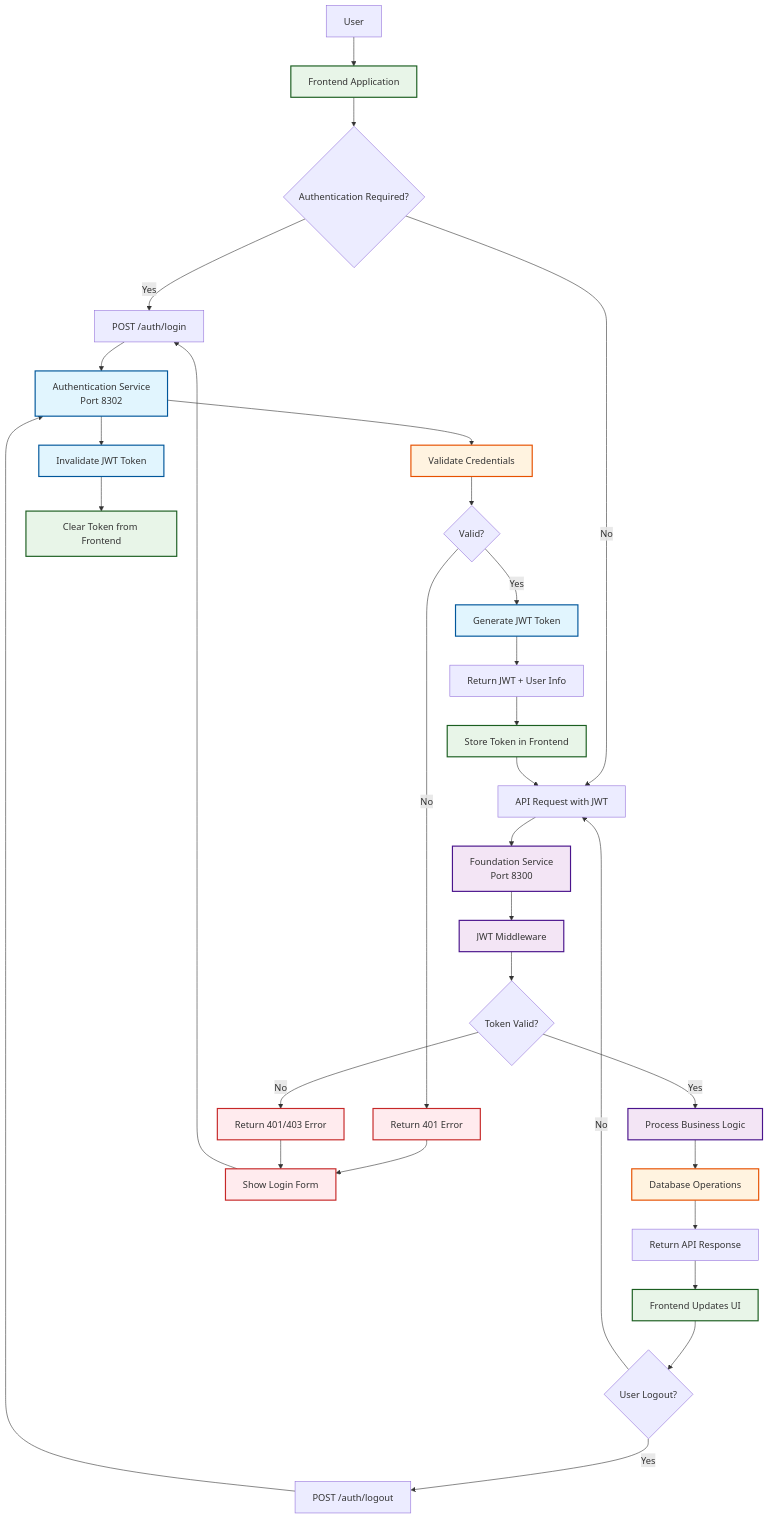
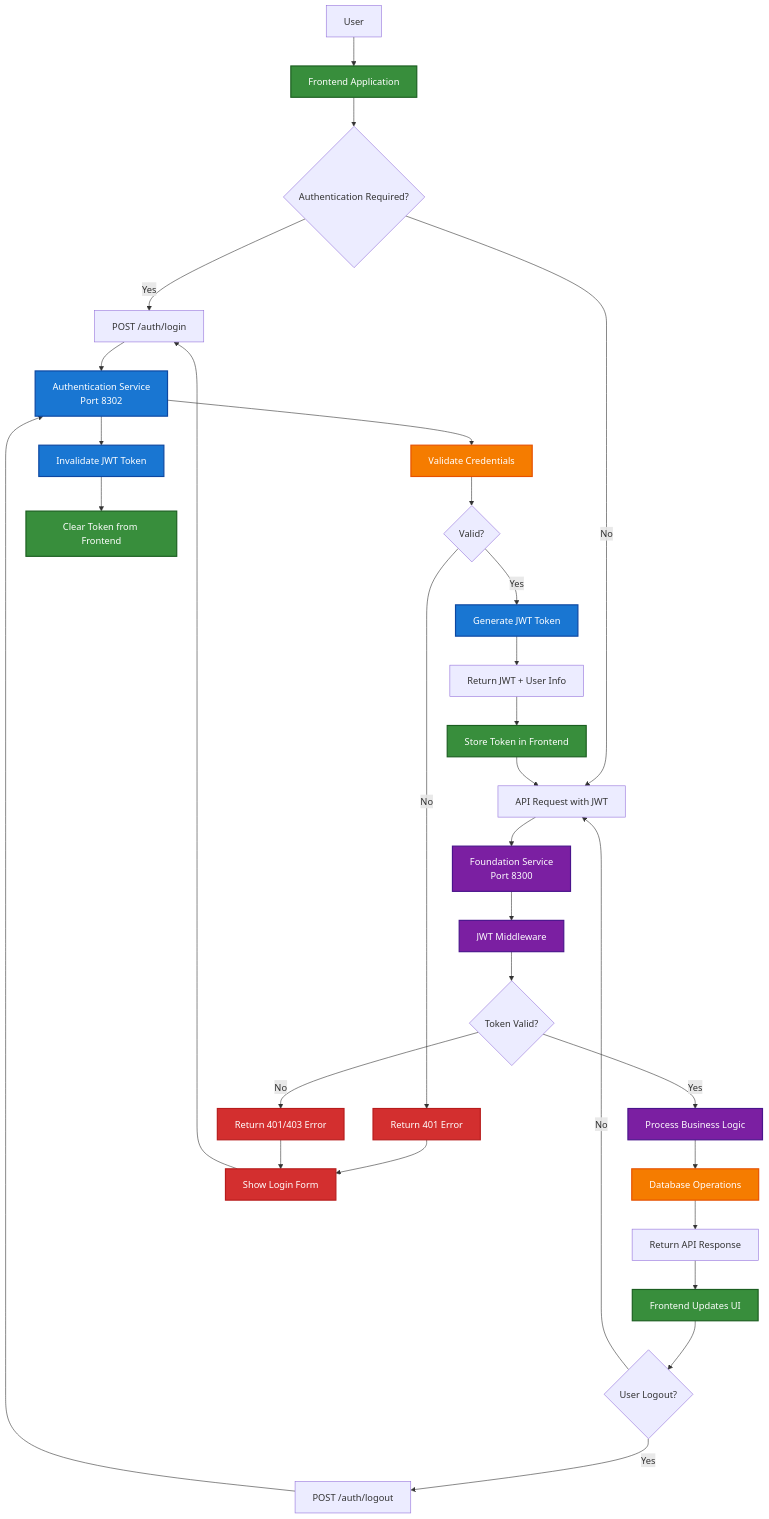
Before and after one commit to keeptracknepal/documentation: the first of 6 diagrams in workflow/authentication/process-flow.md, drawn with Mermaid. The commit also changed other lines of this file and 7 other files, not shown here.

````diff
--- a/workflow/authentication/process-flow.md
+++ b/workflow/authentication/process-flow.md
@@ -5,54 +5,54 @@
 ```mermaid
 flowchart TD
     %% User Interaction
     A[User] --> B[Frontend Application]
     B --> C{Authentication Required?}
     
     %% Login Flow
     C -->|Yes| D[POST /auth/login]
     D --> E[Authentication Service<br/>Port 8302]
     E --> F[Validate Credentials]
     F --> G{Valid?}
     G -->|Yes| H[Generate JWT Token]
     G -->|No| I[Return 401 Error]
     H --> J[Return JWT + User Info]
     J --> K[Store Token in Frontend]
     
     %% API Request Flow
     C -->|No| L[API Request with JWT]
     K --> L
     L --> M[Foundation Service<br/>Port 8300]
     M --> N[JWT Middleware]
     N --> O{Token Valid?}
     O -->|Yes| P[Process Business Logic]
     O -->|No| Q[Return 401/403 Error]
     P --> R[Database Operations]
     R --> S[Return API Response]
     S --> T[Frontend Updates UI]
     
     %% Logout Flow
     T --> U{User Logout?}
     U -->|Yes| V[POST /auth/logout]
     V --> E
     E --> W[Invalidate JWT Token]
     W --> X[Clear Token from Frontend]
     U -->|No| L
     
     %% Error Handling
     I --> Y[Show Login Form]
     Q --> Y
     Y --> D
     
     %% Styling
-    classDef authService fill:#e1f5fe,stroke:#01579b,stroke-width:2px
-    classDef foundationService fill:#f3e5f5,stroke:#4a148c,stroke-width:2px
-    classDef frontend fill:#e8f5e8,stroke:#1b5e20,stroke-width:2px
-    classDef database fill:#fff3e0,stroke:#e65100,stroke-width:2px
-    classDef error fill:#ffebee,stroke:#c62828,stroke-width:2px
+    classDef authService fill:#1976d2,stroke:#0d47a1,stroke-width:2px,color:#ffffff
+    classDef foundationService fill:#7b1fa2,stroke:#4a148c,stroke-width:2px,color:#ffffff
+    classDef frontend fill:#388e3c,stroke:#1b5e20,stroke-width:2px,color:#ffffff
+    classDef database fill:#f57c00,stroke:#e65100,stroke-width:2px,color:#ffffff
+    classDef error fill:#d32f2f,stroke:#b71c1c,stroke-width:2px,color:#ffffff
     
     class E,H,W authService
     class M,N,P,R foundationService
     class B,K,T,X frontend
     class F,R database
     class I,Q,Y error
 ```
````
